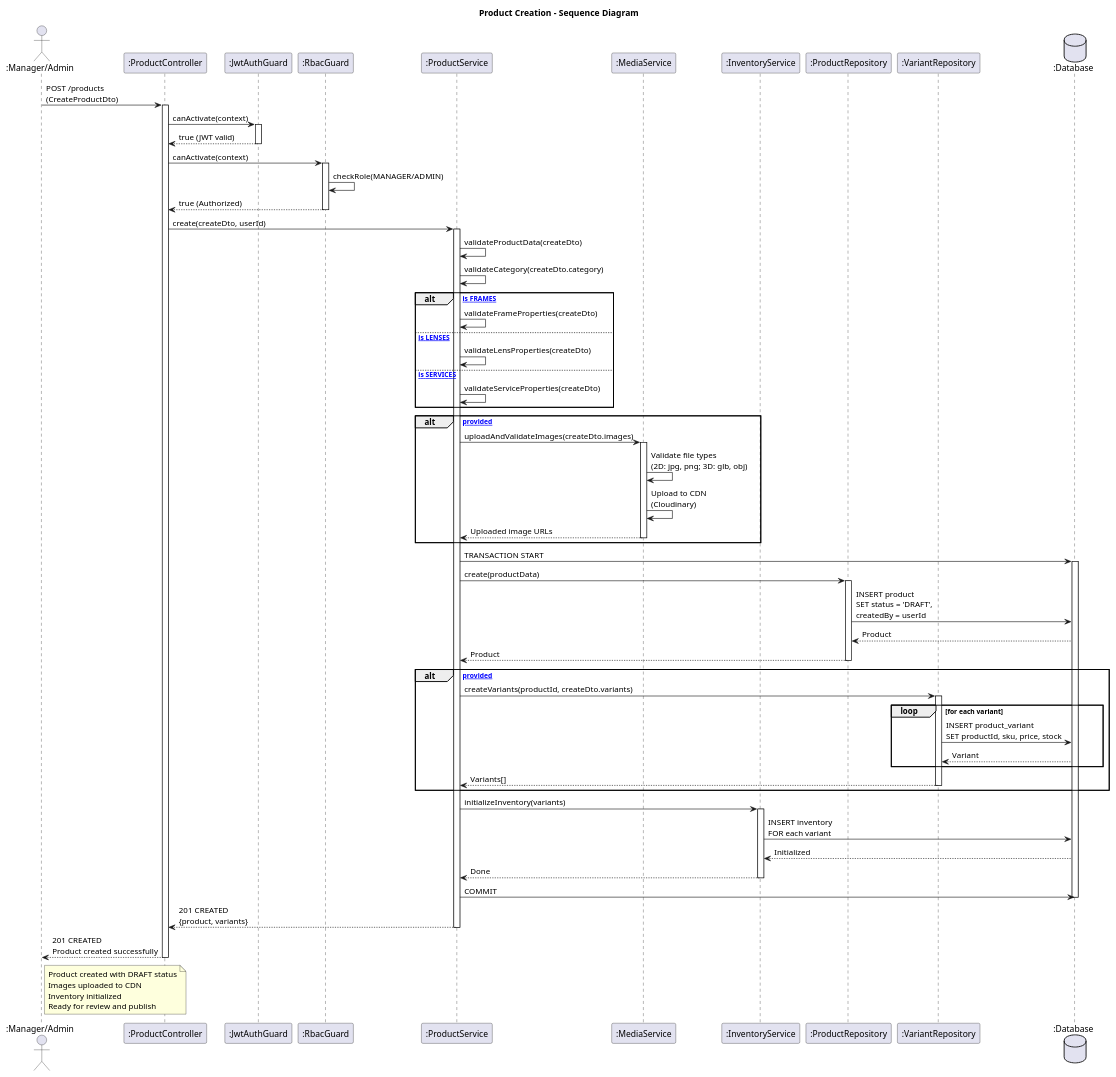
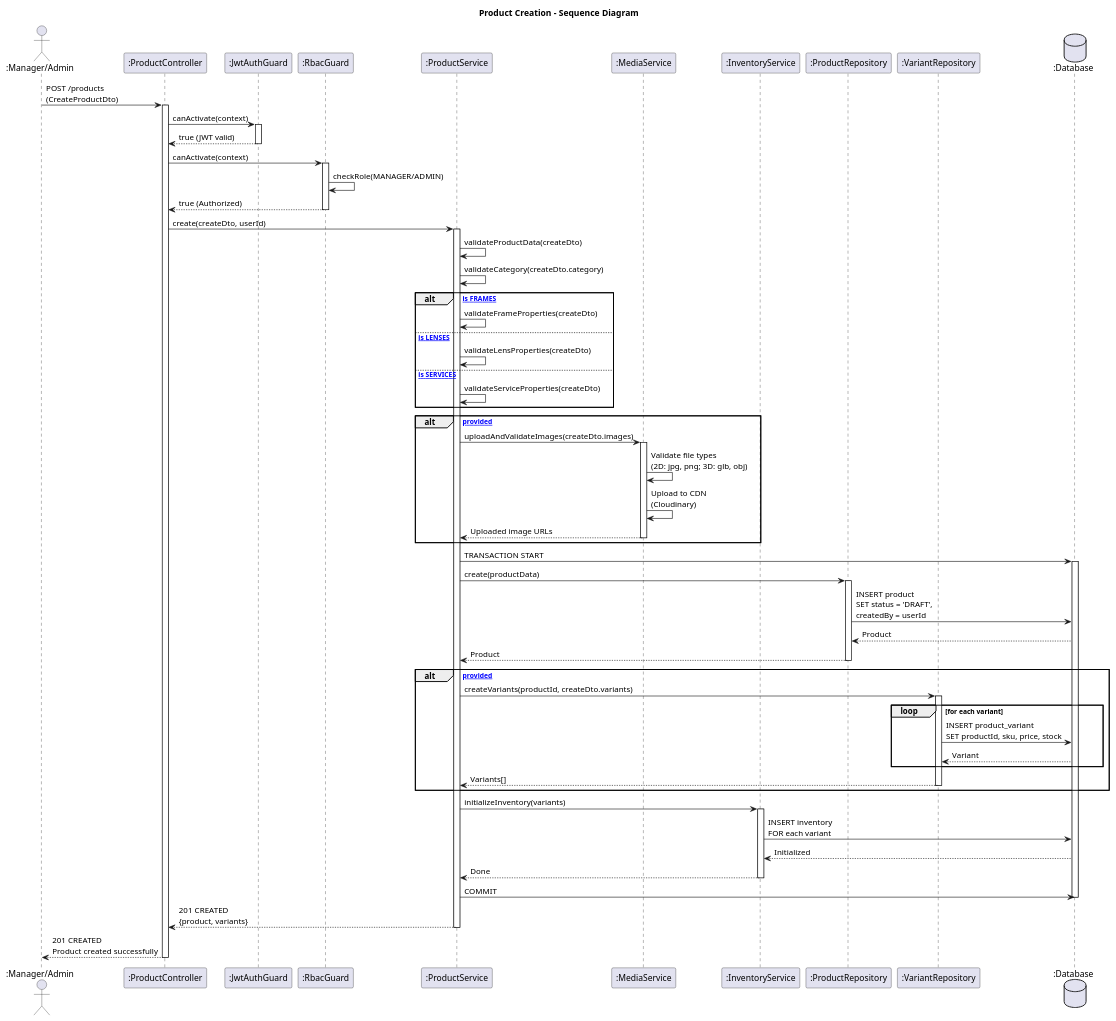
The diagram in diagrams/details/product-management/sequence-create.puml (toank5/WDP), drawn with PlantUML before and after one commit. The commit also changed 60 other files, not shown here.

Commit message:
Add sequence and class diagrams for inventory, preorder, return, revenue, and supplier management; implement role permissions and software testing documentation

```diff
--- a/diagrams/details/product-management/sequence-create.puml
+++ b/diagrams/details/product-management/sequence-create.puml
@@ -1,96 +1,90 @@
 @startuml ProductCreateSequence
 title Product Creation - Sequence Diagram
 
 actor ":Manager/Admin" as admin
 participant ":ProductController" as controller
 participant ":JwtAuthGuard" as authGuard
 participant ":RbacGuard" as rbacGuard
 participant ":ProductService" as productService
 participant ":MediaService" as mediaService
 participant ":InventoryService" as inventoryService
 participant ":ProductRepository" as productRepo
 participant ":VariantRepository" as variantRepo
 database ":Database" as db
 
 admin -> controller: POST /products\n(CreateProductDto)
 activate controller
 
 controller -> authGuard: canActivate(context)
 activate authGuard
 authGuard --> controller: true (JWT valid)
 deactivate authGuard
 
 controller -> rbacGuard: canActivate(context)
 activate rbacGuard
 rbacGuard -> rbacGuard: checkRole(MANAGER/ADMIN)
 rbacGuard --> controller: true (Authorized)
 deactivate rbacGuard
 
 controller -> productService: create(createDto, userId)
 activate productService
 
 productService -> productService: validateProductData(createDto)
 productService -> productService: validateCategory(createDto.category)
 
 alt [Category is FRAMES]
     productService -> productService: validateFrameProperties(createDto)
 else [Category is LENSES]
     productService -> productService: validateLensProperties(createDto)
 else [Category is SERVICES]
     productService -> productService: validateServiceProperties(createDto)
 end
 
 alt [Images provided]
     productService -> mediaService: uploadAndValidateImages(createDto.images)
     activate mediaService
     mediaService -> mediaService: Validate file types\n(2D: jpg, png; 3D: glb, obj)
     mediaService -> mediaService: Upload to CDN\n(Cloudinary)
     mediaService --> productService: Uploaded image URLs
     deactivate mediaService
 end
 
 productService -> db: TRANSACTION START
 activate db
 
 productService -> productRepo: create(productData)
 activate productRepo
 productRepo -> db: INSERT product\nSET status = 'DRAFT',\ncreatedBy = userId
 db --> productRepo: Product
 productRepo --> productService: Product
 deactivate productRepo
 
 alt [Variants provided]
     productService -> variantRepo: createVariants(productId, createDto.variants)
     activate variantRepo
     loop for each variant
         variantRepo -> db: INSERT product_variant\nSET productId, sku, price, stock
         db --> variantRepo: Variant
     end
     variantRepo --> productService: Variants[]
     deactivate variantRepo
 end
 
 productService -> inventoryService: initializeInventory(variants)
 activate inventoryService
 inventoryService -> db: INSERT inventory\nFOR each variant
 db --> inventoryService: Initialized
 inventoryService --> productService: Done
 deactivate inventoryService
 
 productService -> db: COMMIT
 deactivate db
 
 productService --> controller: 201 CREATED\n{product, variants}
 deactivate productService
 
 controller --> admin: 201 CREATED\nProduct created successfully
 deactivate controller
 
-note right of admin
-  Product created with DRAFT status
-  Images uploaded to CDN
-  Inventory initialized
-  Ready for review and publish
-end note
 
 @enduml
```
